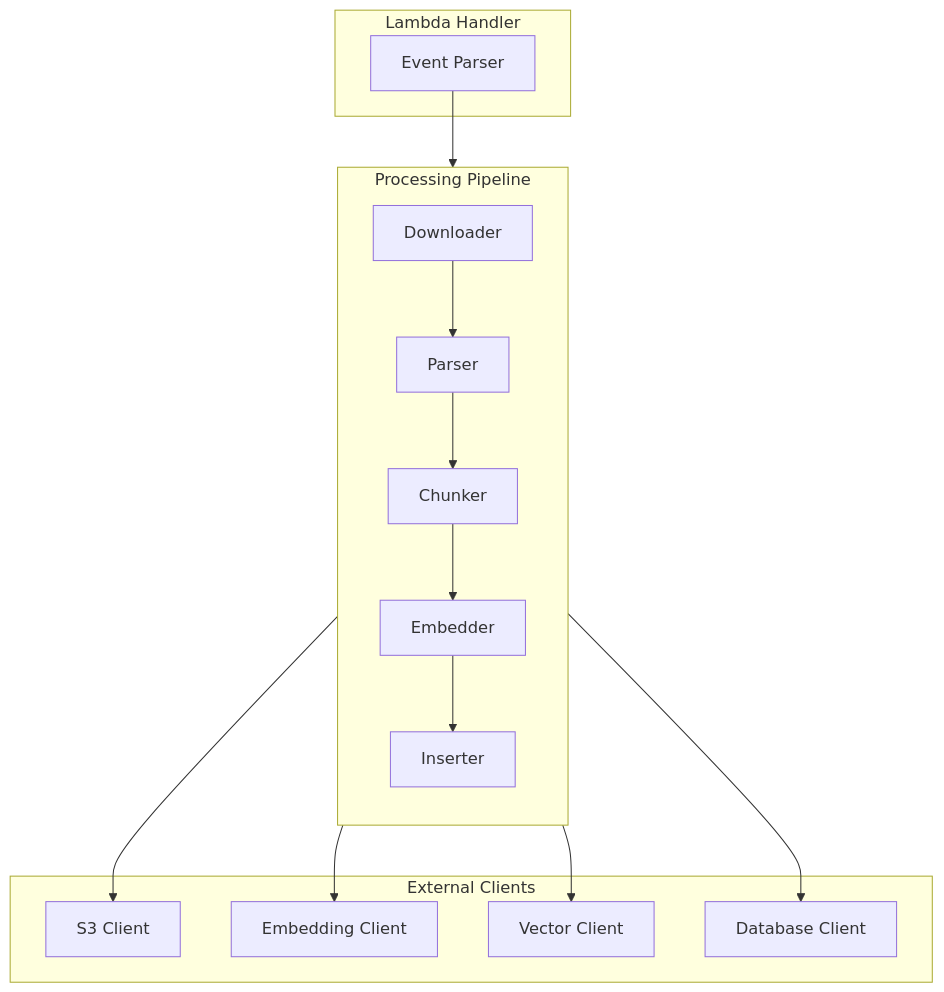
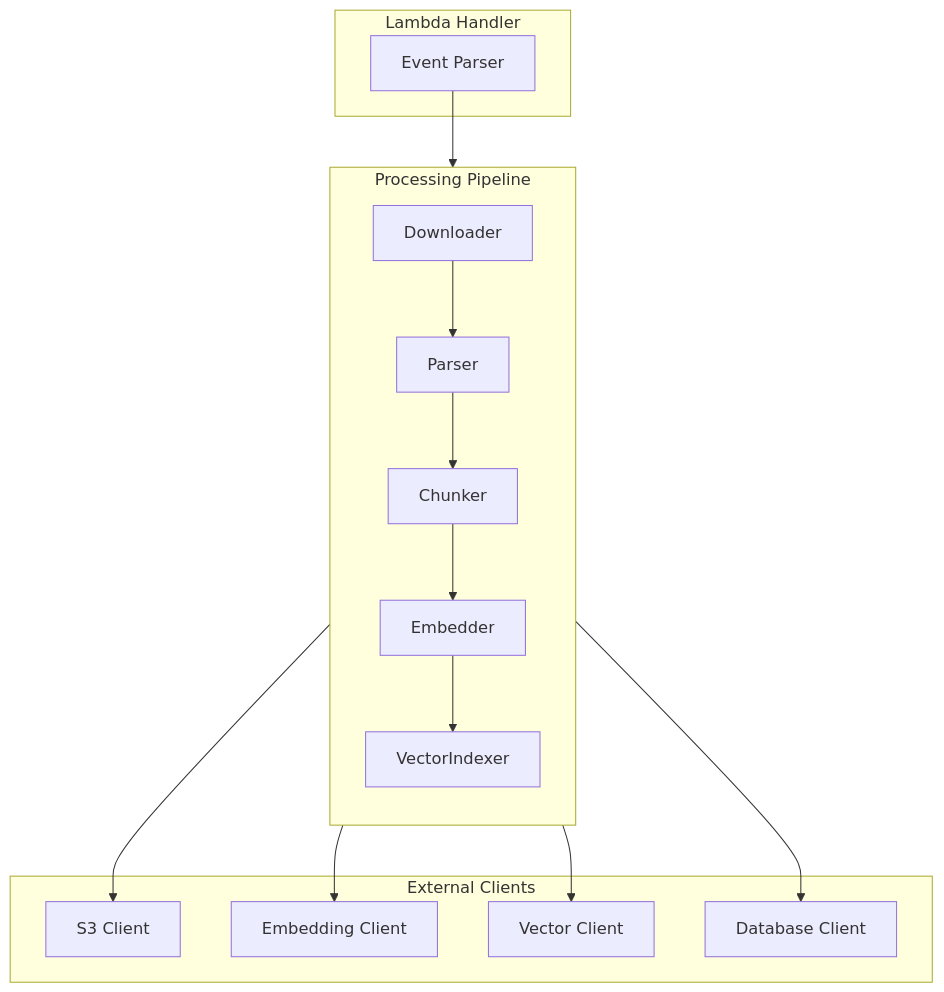
The third of 5 diagrams in documentation/service_level/lambda-architecture.md (h19overflow/Student_Helper), drawn with Mermaid before and after one commit. The commit also changed other lines of this file and 2 other files, not shown here.

Commit message:
Update API documentation to reflect endpoint changes for document management and job status. Rename 'documents' to 'docs' in API routes, and update job states terminology. Enhance health check endpoints for database and vector store connectivity.

````diff
--- a/documentation/service_level/lambda-architecture.md
+++ b/documentation/service_level/lambda-architecture.md
@@ -101,33 +101,33 @@
 ```mermaid
 flowchart TB
     subgraph Handler[Lambda Handler]
         E[Event Parser]
     end
 
     subgraph Pipeline[Processing Pipeline]
         direction TB
         DL[Downloader]
         P[Parser]
         C[Chunker]
         EM[Embedder]
-        I[Inserter]
+        VI[VectorIndexer]
     end
 
     subgraph Clients[External Clients]
         S3C[S3 Client]
         GCPC[Embedding Client]
         VEC[Vector Client]
         DBC[Database Client]
     end
 
     E --> DL
     DL --> P
     P --> C
     C --> EM
-    EM --> I
+    EM --> VI
 
     DL --> S3C
     EM --> GCPC
-    I --> VEC
-    I --> DBC
+    VI --> VEC
+    VI --> DBC
 ```
````
